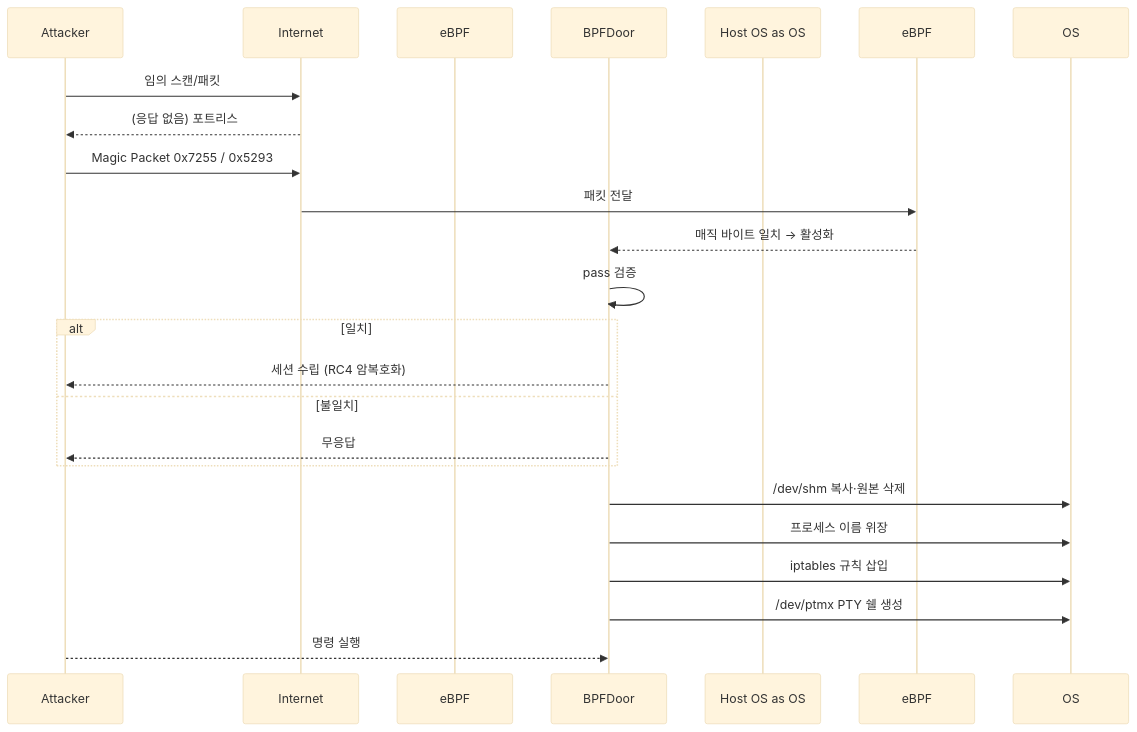
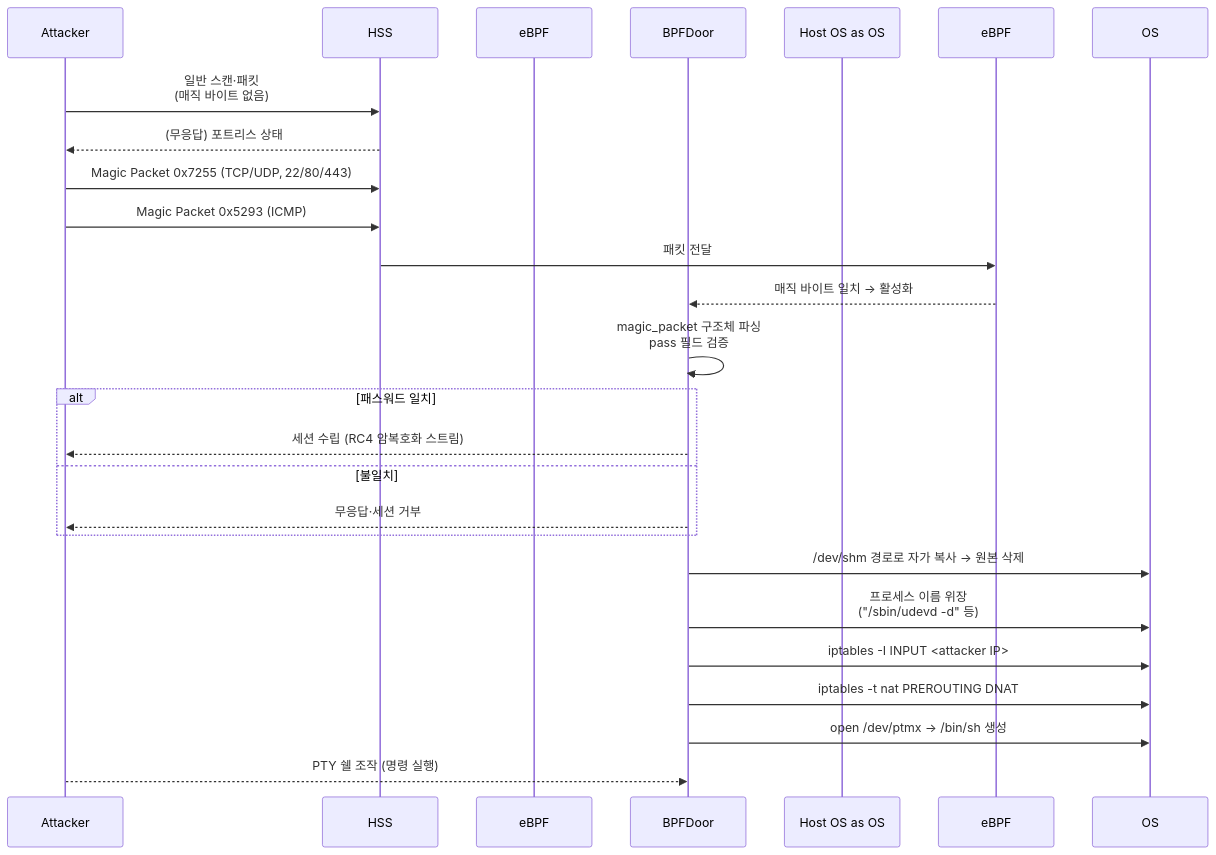
Before and after one commit to qubitsec/blog: the diagram in content/ko/respond/bpfdoor.md, drawn with Mermaid.

````diff
--- a/content/ko/respond/bpfdoor.md
+++ b/content/ko/respond/bpfdoor.md
@@ -60,33 +60,33 @@
 ```mermaid
-%%{ init: { "theme": "base" } }%%
 sequenceDiagram
+    %% Participants
     participant Attacker
-    participant Internet
+    participant HSS
     participant Kernel/eBPF as eBPF
     participant BPFDoor
     participant Host OS as OS
 
-    %% 매직 바이트 수신 전
-    Attacker->>Internet: 임의 스캔/패킷
-    Internet-->>Attacker: (응답 없음) 포트리스
-
-    %% 매직 바이트 & 활성화
-    Attacker->>Internet: Magic Packet 0x7255 / 0x5293
-    Internet->>eBPF: 패킷 전달
+    %% ① 매직 바이트 & 다중 프로토콜
+    Attacker->>HSS: 일반 스캔·패킷<br/>(매직 바이트 없음)
+    HSS-->>Attacker: (무응답) 포트리스 상태
+    Attacker->>HSS: Magic Packet 0x7255 (TCP/UDP, 22/80/443)
+    Attacker->>HSS: Magic Packet 0x5293 (ICMP)
+    HSS->>eBPF: 패킷 전달
     eBPF-->>BPFDoor: 매직 바이트 일치 → 활성화
 
-    %% 패스워드·RC4 인증
-    BPFDoor->>BPFDoor: pass 검증
-    alt 일치
-        BPFDoor-->>Attacker: 세션 수립 (RC4 암복호화)
+    %% ② RC4 암호화·패스워드 인증
+    BPFDoor->>BPFDoor: magic_packet 구조체 파싱<br/>pass 필드 검증
+    alt 패스워드 일치
+        BPFDoor-->>Attacker: 세션 수립 (RC4 암복호화 스트림)
     else 불일치
-        BPFDoor-->>Attacker: 무응답
+        BPFDoor-->>Attacker: 무응답·세션 거부
     end
 
-    %% 은폐·지속화
-    BPFDoor->>OS: /dev/shm 복사·원본 삭제
-    BPFDoor->>OS: 프로세스 이름 위장
-    BPFDoor->>OS: iptables 규칙 삽입
-    BPFDoor->>OS: /dev/ptmx PTY 쉘 생성
-    Attacker-->>BPFDoor: 명령 실행
+    %% ③ 은폐·지속화 단계
+    BPFDoor->>OS: /dev/shm 경로로 자가 복사 → 원본 삭제
+    BPFDoor->>OS: 프로세스 이름 위장<br/>("/sbin/udevd -d" 등)
+    BPFDoor->>OS: iptables -I INPUT <attacker IP>
+    BPFDoor->>OS: iptables -t nat PREROUTING DNAT
+    BPFDoor->>OS: open /dev/ptmx → /bin/sh 생성
+    Attacker-->>BPFDoor: PTY 쉘 조작 (명령 실행)
 ```
````
